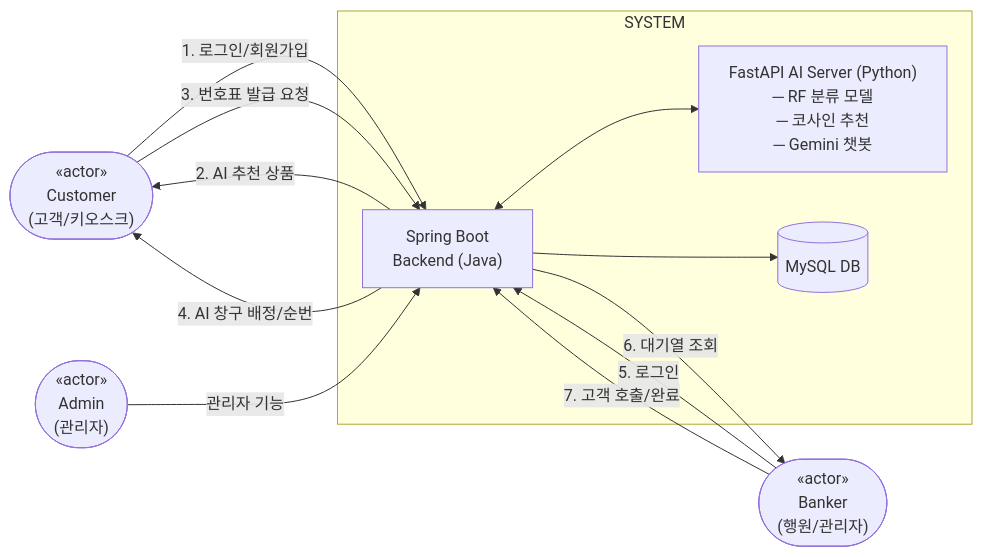
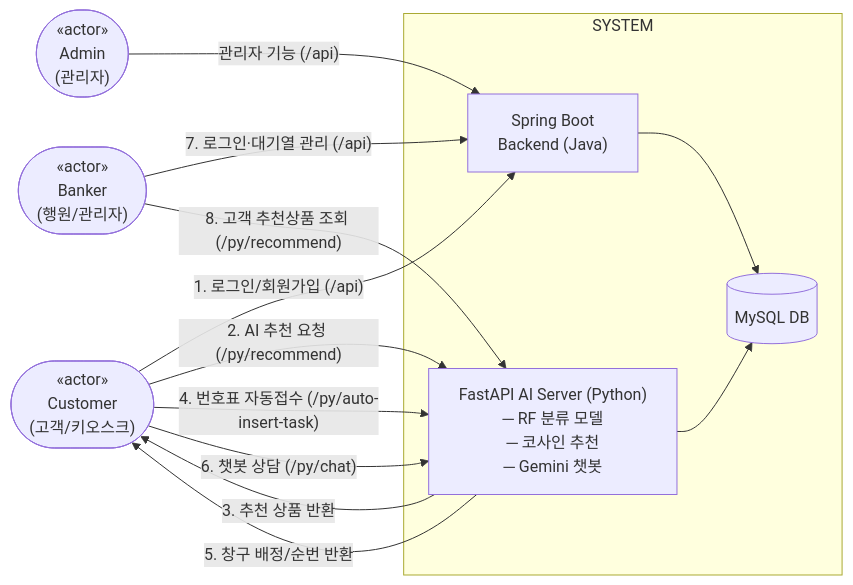
One commit to silversky621/BankScope changed the diagram in Conceptualization_[21622137_최재영].md. Above: the diagram before and after it, drawn with Mermaid. The commit also changed other lines of this file and 3 other files, not shown here.

````diff
--- a/Conceptualization_[21622137_최재영].md
+++ b/Conceptualization_[21622137_최재영].md
@@ -76,23 +77,24 @@
 ```mermaid
 flowchart LR
     Customer(["«actor»\nCustomer\n(고객/키오스크)"])
     Banker(["«actor»\nBanker\n(행원/관리자)"])
     Admin(["«actor»\nAdmin\n(관리자)"])
 
     subgraph SYSTEM["SYSTEM"]
         SB["Spring Boot\nBackend (Java)"]
         AI["FastAPI AI Server (Python)\n─ RF 분류 모델\n─ 코사인 추천\n─ Gemini 챗봇"]
         DB[("MySQL DB")]
-        SB <--> AI
         SB --> DB
+        AI --> DB
     end
 
-    Customer -->|"1. 로그인/회원가입"| SB
-    SB -->|"2. AI 추천 상품"| Customer
-    Customer -->|"3. 번호표 발급 요청"| SB
-    SB -->|"4. AI 창구 배정/순번"| Customer
-    Banker -->|"5. 로그인"| SB
-    SB -->|"6. 대기열 조회"| Banker
-    Banker -->|"7. 고객 호출/완료"| SB
-    Admin -->|"관리자 기능"| SB
+    Customer -->|"1. 로그인/회원가입 (/api)"| SB
+    Customer -->|"2. AI 추천 요청 (/py/recommend)"| AI
+    AI -->|"3. 추천 상품 반환"| Customer
+    Customer -->|"4. 번호표 자동접수 (/py/auto-insert-task)"| AI
+    AI -->|"5. 창구 배정/순번 반환"| Customer
+    Customer -->|"6. 챗봇 상담 (/py/chat)"| AI
+    Banker -->|"7. 로그인·대기열 관리 (/api)"| SB
+    Banker -->|"8. 고객 추천상품 조회 (/py/recommend)"| AI
+    Admin -->|"관리자 기능 (/api)"| SB
 ```
````
